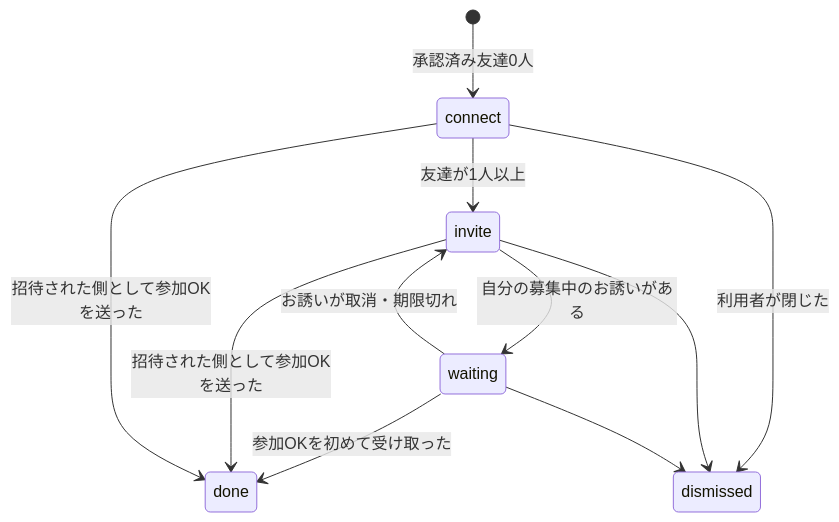
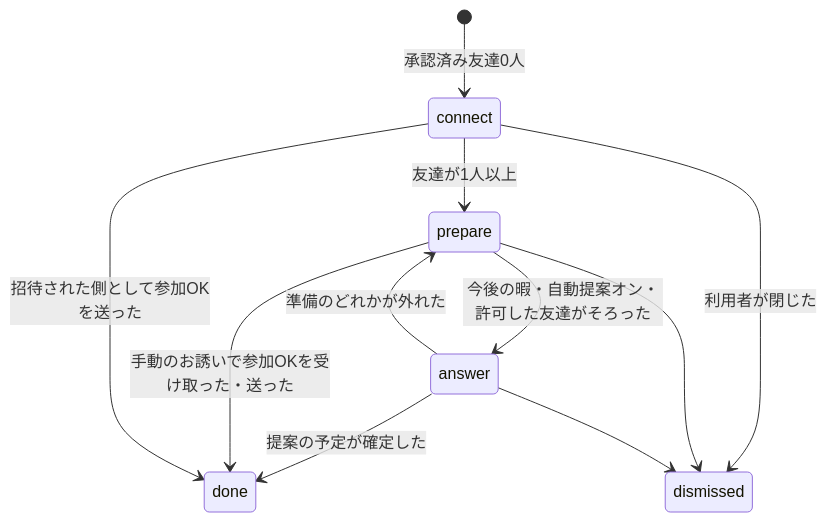
The fourth of 4 diagrams in .kiro/specs/ios-first-match-flow/design.md (beyond-labo/free-time-matching), drawn with Mermaid before and after one commit. The commit also changed other lines of this file and 49 other files, not shown here.

````diff
--- a/.kiro/specs/ios-first-match-flow/design.md
+++ b/.kiro/specs/ios-first-match-flow/design.md
@@ -204,13 +242,13 @@
 ```mermaid
 stateDiagram-v2
     [*] --> connect: 承認済み友達0人
-    connect --> invite: 友達が1人以上
-    invite --> waiting: 自分の募集中のお誘いがある
-    waiting --> invite: お誘いが取消・期限切れ
-    waiting --> done: 参加OKを初めて受け取った
-    invite --> done: 招待された側として参加OKを送った
+    connect --> prepare: 友達が1人以上
+    prepare --> answer: 今後の暇・自動提案オン・許可した友達がそろった
+    answer --> prepare: 準備のどれかが外れた
+    answer --> done: 提案の予定が確定した
+    prepare --> done: 手動のお誘いで参加OKを受け取った・送った
     connect --> done: 招待された側として参加OKを送った
     connect --> dismissed: 利用者が閉じた
-    invite --> dismissed
-    waiting --> dismissed
+    prepare --> dismissed
+    answer --> dismissed
 ```
````
